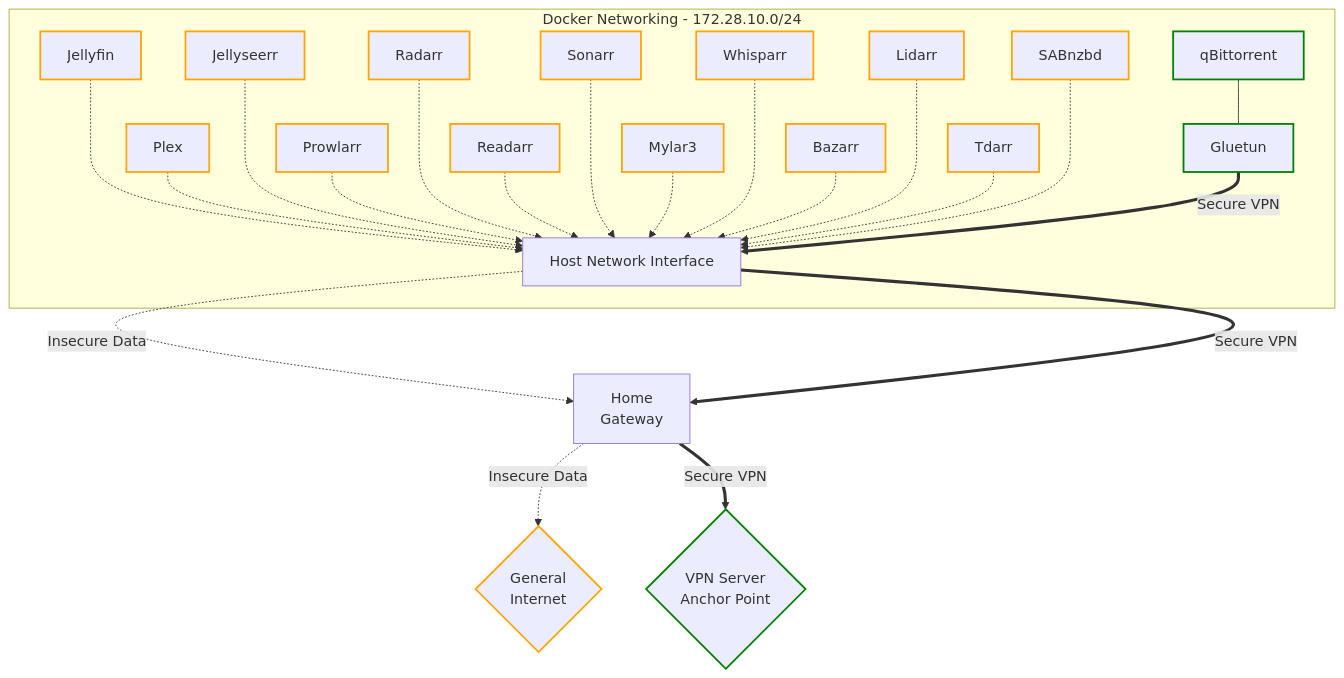
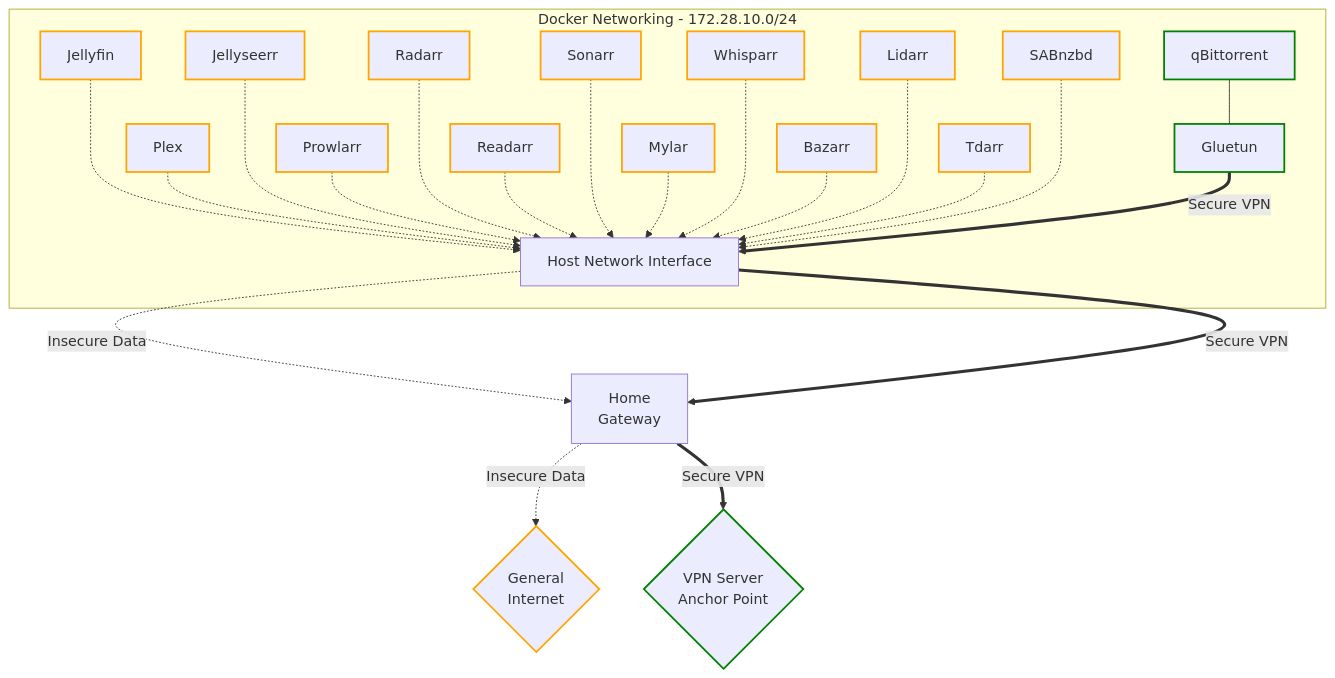
The diagram in min-vpn_mulitple-yaml/README.md (geekau/mediastack), drawn with Mermaid before and after one commit. The commit also changed other lines of this file and 13 other files, not shown here.

````diff
--- a/min-vpn_mulitple-yaml/README.md
+++ b/min-vpn_mulitple-yaml/README.md
@@ -24,43 +24,43 @@
 ``` mermaid
 graph TD
     subgraph DockerNet[<center>Docker Networking - 172.28.10.0/24</center>]
         Jellyfin -..-> NIC
         Plex -.-> NIC
         Jellyseerr -..-> NIC
         Prowlarr -.-> NIC
         Radarr -..-> NIC
         Readarr -.-> NIC
         Sonarr -..-> NIC
-        Mylar3 -.-> NIC
+        Mylar -.-> NIC
         Whisparr -..-> NIC
         Bazarr -.-> NIC
         Lidarr -..-> NIC
         Tdarr -.-> NIC
         SABnzbd -..-> NIC
         NIC[Host Network Interface]
         qBittorrent --- Gluetun
     end
     Gluetun ==>| Secure VPN | NIC
     NIC -.->| Insecure Data | Gateway[<center>Home</p>Gateway</center>]
     NIC ==>| Secure VPN | Gateway[<center>Home</p>Gateway</center>]
     Gateway -.->| Insecure Data |Internet{<center>General</p>Internet</center>}
     Gateway ==>|Secure VPN |VPN{<center>VPN Server</p>Anchor Point</center>}
     
     style Bazarr stroke:orange,stroke-width:2px
     style Lidarr stroke:orange,stroke-width:2px
-    style Mylar3 stroke:orange,stroke-width:2px
+    style Mylar stroke:orange,stroke-width:2px
     style Prowlarr stroke:orange,stroke-width:2px
     style Radarr stroke:orange,stroke-width:2px
     style Readarr stroke:orange,stroke-width:2px
     style Sonarr stroke:orange,stroke-width:2px
     style Tdarr stroke:orange,stroke-width:2px
     style Whisparr stroke:orange,stroke-width:2px
     style Jellyfin stroke:orange,stroke-width:2px
     style Plex stroke:orange,stroke-width:2px
     style qBittorrent stroke:green,stroke-width:2px
     style Jellyseerr stroke:orange,stroke-width:2px
     style SABnzbd stroke:orange,stroke-width:2px
     style Gluetun stroke:green,stroke-width:2px
     style VPN stroke:green,stroke-width:2px
     style Internet stroke:orange,stroke-width:2px
 ```
````
